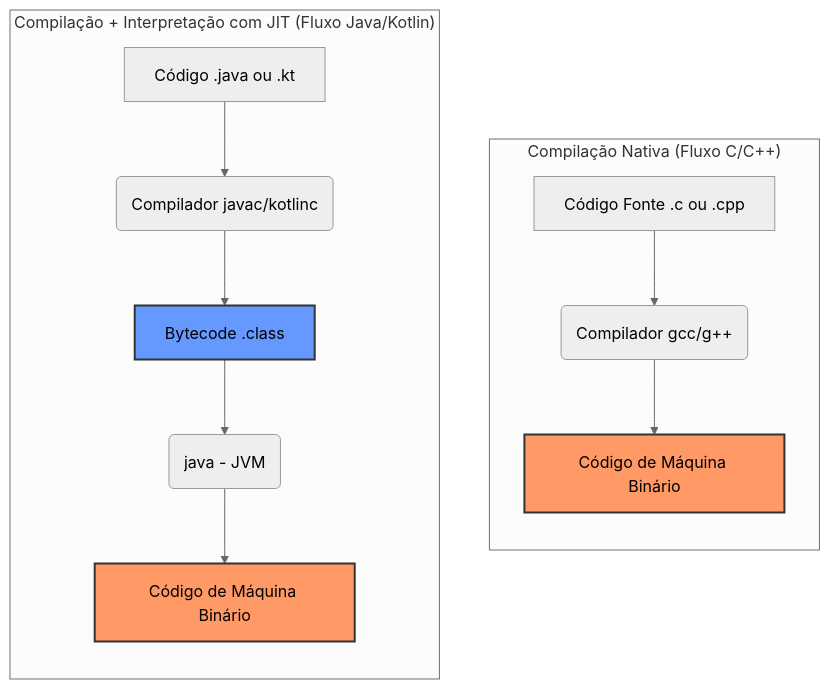
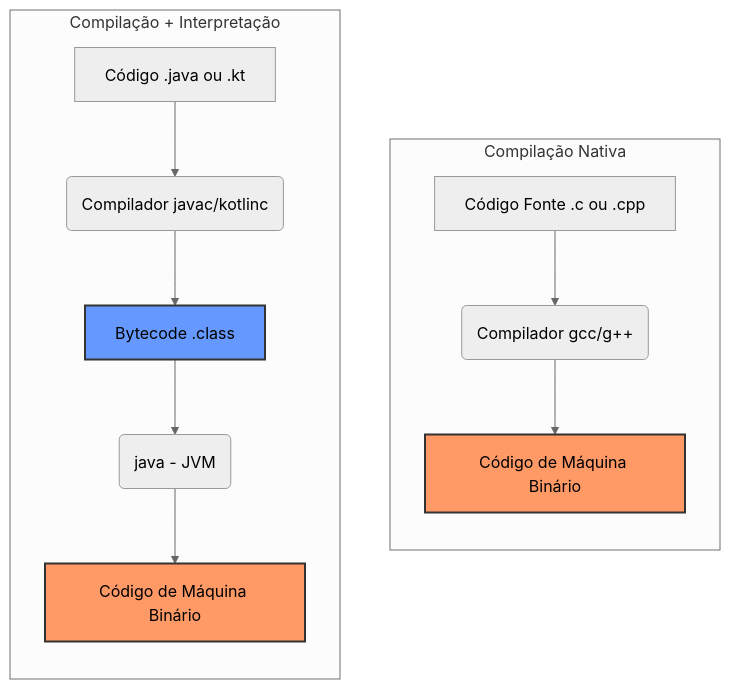
One commit to isel-leic-ave/2026-lae-44d changed the diagram in week01/JVM-code-generation.md. Above: the diagram before and after it, drawn with Mermaid (neutral theme). The commit also changed other lines of this file, not shown here.

First line of the commit message:
Revise title and add compilation flow examples

````diff
--- a/week01/JVM-code-generation.md
+++ b/week01/JVM-code-generation.md
@@ -5,20 +8,20 @@
 ```mermaid
 graph TD
-subgraph "Compilação Nativa (Fluxo C/C++)"
+subgraph "Compilação Nativa"
     direction TB
     A1[Código Fonte .c ou .cpp] --> B1(Compilador gcc/g++)
     B1 --> C1[Código de Máquina Binário]
 end
 
-subgraph "Compilação + Interpretação com JIT (Fluxo Java/Kotlin)"
+subgraph "Compilação + Interpretação"
     direction TB
     A2[Código .java ou .kt] --> B2(Compilador javac/kotlinc)
     B2 --> C2[Bytecode .class]
     C2 --> D2(java - JVM)
     D2 --> E2[Código de Máquina Binário]
 end
 
 style C1 fill:#f96,stroke:#333,stroke-width:2px
 style E2 fill:#f96,stroke:#333,stroke-width:2px
 style C2 fill:#69f,stroke:#333,stroke-width:2px
 ```
````
